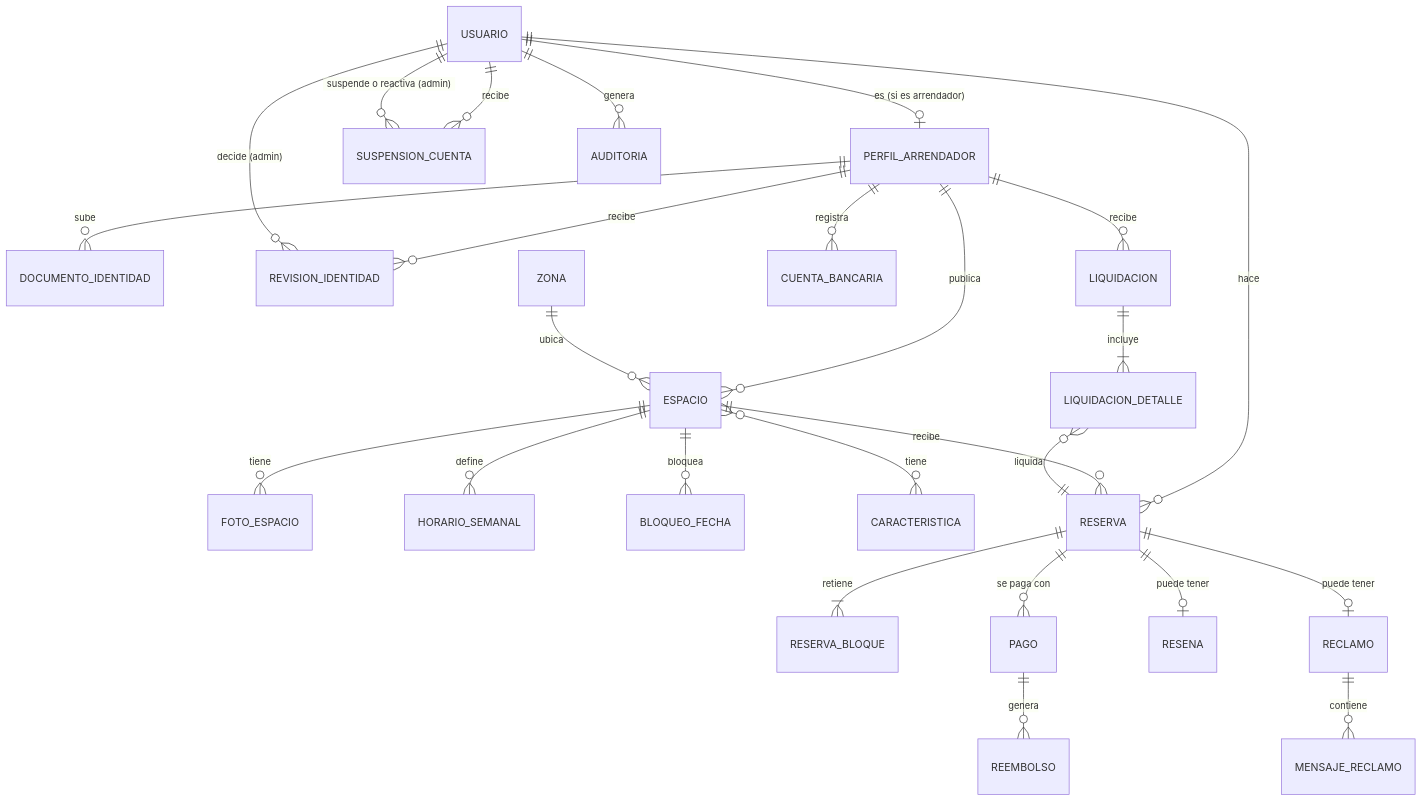
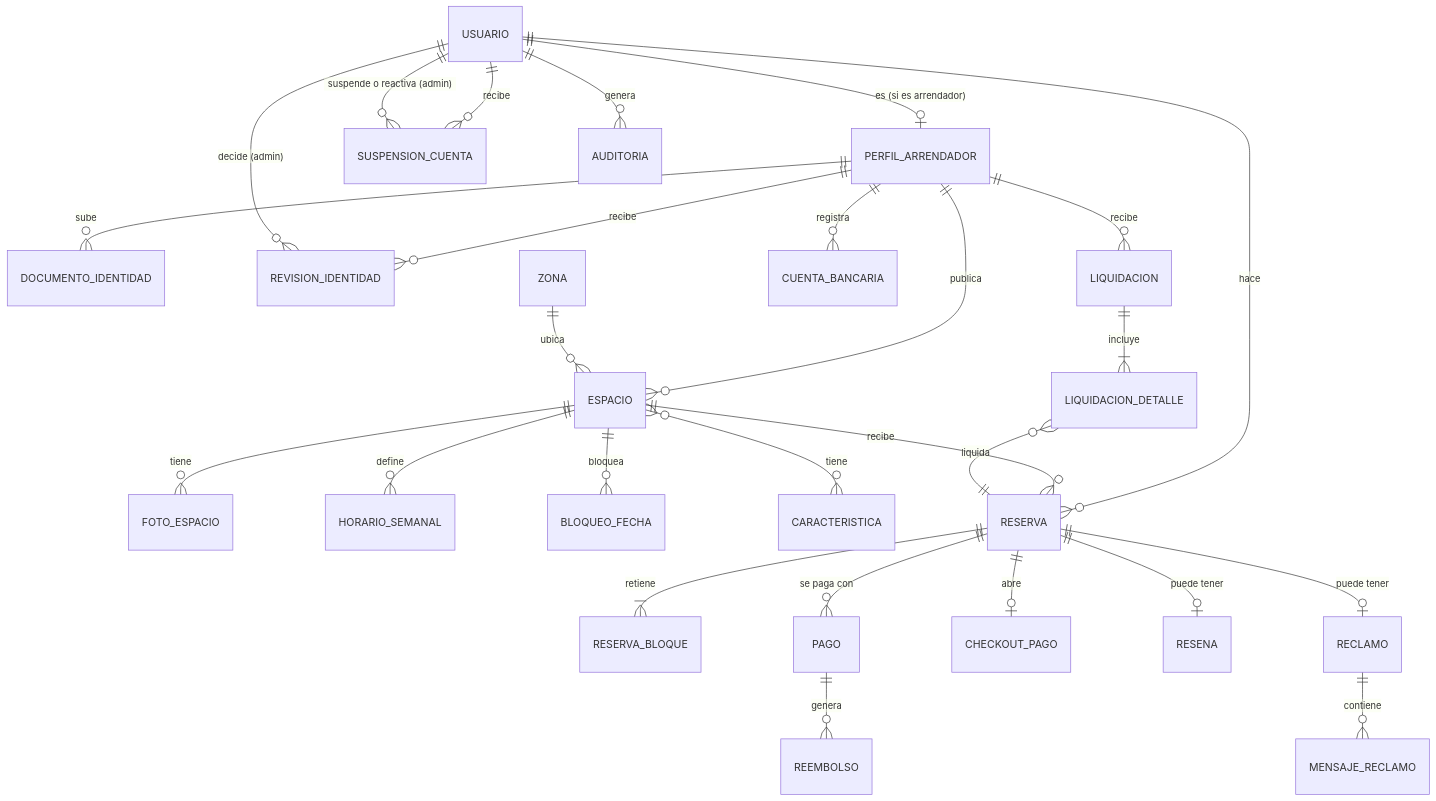
The diagram in docs/modelo-datos.md (JorgeTQB/EspacioYa-Marketplace), drawn with Mermaid before and after one commit. The commit also changed other lines of this file and 105 other files, not shown here.

````diff
--- a/docs/modelo-datos.md
+++ b/docs/modelo-datos.md
@@ -63,28 +67,29 @@
 ```mermaid
 erDiagram
   USUARIO ||--o| PERFIL_ARRENDADOR : "es (si es arrendador)"
   PERFIL_ARRENDADOR ||--o{ DOCUMENTO_IDENTIDAD : sube
   PERFIL_ARRENDADOR ||--o{ REVISION_IDENTIDAD : "recibe"
   USUARIO ||--o{ REVISION_IDENTIDAD : "decide (admin)"
   USUARIO ||--o{ SUSPENSION_CUENTA : "recibe"
   USUARIO ||--o{ SUSPENSION_CUENTA : "suspende o reactiva (admin)"
   PERFIL_ARRENDADOR ||--o{ ESPACIO : publica
   ZONA ||--o{ ESPACIO : ubica
   PERFIL_ARRENDADOR ||--o{ CUENTA_BANCARIA : registra
   PERFIL_ARRENDADOR ||--o{ LIQUIDACION : recibe
   ESPACIO ||--o{ FOTO_ESPACIO : tiene
   ESPACIO ||--o{ HORARIO_SEMANAL : define
   ESPACIO ||--o{ BLOQUEO_FECHA : bloquea
   ESPACIO }o--o{ CARACTERISTICA : tiene
   USUARIO ||--o{ RESERVA : hace
   ESPACIO ||--o{ RESERVA : recibe
   RESERVA ||--|{ RESERVA_BLOQUE : retiene
   RESERVA ||--o{ PAGO : "se paga con"
+  RESERVA ||--o| CHECKOUT_PAGO : "abre"
   PAGO ||--o{ REEMBOLSO : genera
   LIQUIDACION ||--|{ LIQUIDACION_DETALLE : incluye
   LIQUIDACION_DETALLE }o--|| RESERVA : liquida
   RESERVA ||--o| RESENA : "puede tener"
   RESERVA ||--o| RECLAMO : "puede tener"
   RECLAMO ||--o{ MENSAJE_RECLAMO : contiene
   USUARIO ||--o{ AUDITORIA : genera
 ```
````
